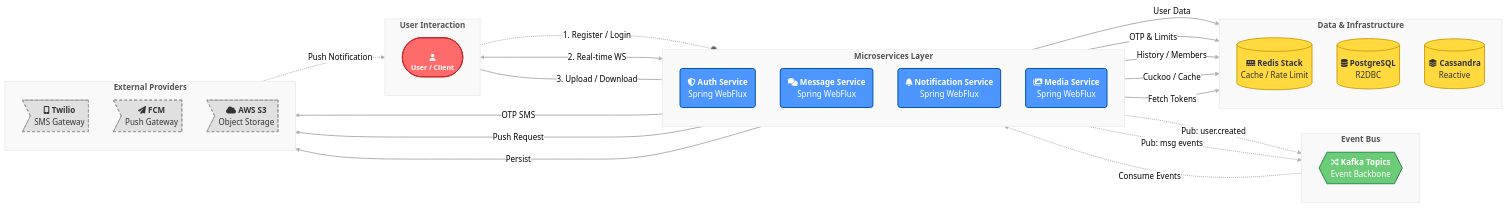
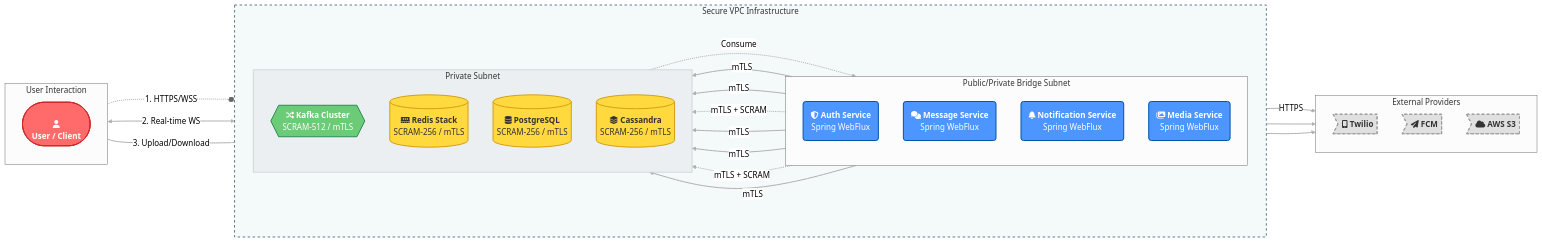
Before and after one commit to omniCoder77/Lynk: the diagram in README.md, drawn with Mermaid (neutral theme). The commit also changed other lines of this file, not shown here.

Commit message:
Updated Readme, Showing Security of Lynk

````diff
--- a/README.md
+++ b/README.md
@@ -19,69 +22,76 @@
 ```mermaid
 flowchart LR
-    linkStyle default interpolation basis,stroke-width:2px,fill:none,stroke:#B0B0B0
+linkStyle default interpolation basis,stroke-width:2px,fill:none,stroke:#B0B0B0
 
-    subgraph UserZone [User Interaction]
-        direction TB
-        CLIENT([<br/>fa:fa-user<br/><b>User / Client</b><br/>])
-    end
+subgraph UserZone [User Interaction]
+direction TB
+CLIENT([<br/>fa:fa-user<br/><b>User / Client</b><br/>])
+end
 
-    subgraph Services [Microservices Layer]
-        direction TB
-        S_AUTH(fa:fa-shield-alt <b>Auth Service</b><br/>Spring WebFlux)
-        S_MSG(fa:fa-comments <b>Message Service</b><br/>Spring WebFlux)
-        S_NOTIF(fa:fa-bell <b>Notification Service</b><br/>Spring WebFlux)
-        S_MEDIA(fa:fa-images <b>Media Service</b><br/>Spring WebFlux)
-    end
+subgraph CloudVPC [Secure VPC Infrastructure]
+direction LR
 
-    subgraph Messaging [Event Bus]
-        direction TB
-        M_KAFKA{{fa:fa-random <b>Kafka Topics</b><br/>Event Backbone}}
-    end
+subgraph AppLayer [Public/Private Bridge Subnet]
+direction TB
+S_AUTH(fa:fa-shield-alt <b>Auth Service</b><br/>Spring WebFlux)
+S_MSG(fa:fa-comments <b>Message Service</b><br/>Spring WebFlux)
+S_NOTIF(fa:fa-bell <b>Notification Service</b><br/>Spring WebFlux)
+S_MEDIA(fa:fa-images <b>Media Service</b><br/>Spring WebFlux)
+end
 
-    subgraph DataInfra [Data & Infrastructure]
-        direction TB
-        D_REDIS[(fa:fa-memory <b>Redis Stack</b><br/>Cache / Rate Limit)]
-        D_PG[(fa:fa-database <b>PostgreSQL</b><br/>R2DBC)]
-        D_CASS[(fa:fa-layer-group <b>Cassandra</b><br/>Reactive)]
-    end
+subgraph DataLayer [Private Subnet]
+direction TB
+M_KAFKA{{fa:fa-random <b>Kafka Cluster</b><br/>SCRAM-512 / mTLS}}
+D_REDIS[(fa:fa-memory <b>Redis Stack</b><br/>SCRAM-256 / mTLS)]
+D_PG[(fa:fa-database <b>PostgreSQL</b><br/>SCRAM-256 / mTLS)]
+D_CASS[(fa:fa-layer-group <b>Cassandra</b><br/>SCRAM-256 / mTLS)]
+end
+end
 
-    subgraph External [External Providers]
-        direction TB
-        E_TWILIO>fa:fa-mobile-alt <b>Twilio</b><br/>SMS Gateway]
-        E_FCM>fa:fa-paper-plane <b>FCM</b><br/>Push Gateway]
-        E_S3>fa:fa-cloud <b>AWS S3</b><br/>Object Storage]
-    end
+subgraph External [External Providers]
+direction TB
+E_TWILIO>fa:fa-mobile-alt <b>Twilio</b>]
+E_FCM>fa:fa-paper-plane <b>FCM</b>]
+E_S3>fa:fa-cloud <b>AWS S3</b>]
+end
 
-    CLIENT -.-o|1. Register / Login| S_AUTH
-    S_AUTH -->|User Data| D_PG
-    S_AUTH -->|OTP & Limits| D_REDIS
-    S_AUTH -->|OTP SMS| E_TWILIO
-    S_AUTH -.->|Pub: user.created| M_KAFKA
+%% Client Interactions
+CLIENT -.-o|1. HTTPS/WSS| S_AUTH
+CLIENT <===>|2. Real-time WS| S_MSG
+CLIENT ===|3. Upload/Download| S_MEDIA
 
-    CLIENT <===>|2. Real-time WS| S_MSG
-    S_MSG -->|History / Members| D_CASS
-    S_MSG -->|Cuckoo / Cache| D_REDIS
-    S_MSG -.->|Pub: msg events| M_KAFKA
+%% Internal Auth Flows
+S_AUTH ==>|mTLS| D_PG
+S_AUTH ==>|mTLS| D_REDIS
+S_AUTH -.->|mTLS + SCRAM| M_KAFKA
 
-    M_KAFKA -.->|Consume Events| S_NOTIF
-    S_NOTIF -->|Fetch Tokens| D_PG
-    S_NOTIF -->|Push Request| E_FCM
-    E_FCM -.->|Push Notification| CLIENT
+%% Message Flows
+S_MSG ==>|mTLS| D_CASS
+S_MSG ==>|mTLS| D_REDIS
+S_MSG -.->|mTLS + SCRAM| M_KAFKA
 
-    CLIENT ===|3. Upload / Download| S_MEDIA
-    S_MEDIA -->|Persist| E_S3
+%% Notification Flows
+M_KAFKA -.->|Consume| S_NOTIF
+S_NOTIF -->|mTLS| D_PG
+S_NOTIF -->|HTTPS| E_FCM
 
-    classDef client fill:#FF6B6B,stroke:#c92a2a,stroke-width:2px,color:white,font-size:14px;
-    classDef service fill:#4D96FF,stroke:#0055AA,stroke-width:2px,color:white,rx:5,ry:5;
-    classDef db fill:#FFD93D,stroke:#d4a017,stroke-width:2px,color:#333;
-    classDef bus fill:#6BCB77,stroke:#2e8b57,stroke-width:2px,color:white;
-    classDef ext fill:#E0E0E0,stroke:#9E9E9E,stroke-width:2px,stroke-dasharray: 5 5,color:#333;
-    classDef sub fill:#F9F9F9,stroke:#EEEEEE,stroke-width:2px,color:#555,font-weight:bold;
+%% External
+S_AUTH --> E_TWILIO
+S_MEDIA --> E_S3
 
-    class CLIENT client;
-    class S_AUTH,S_MSG,S_NOTIF,S_MEDIA service;
-    class D_PG,D_CASS,D_REDIS db;
-    class M_KAFKA bus;
-    class E_TWILIO,E_FCM,E_S3 ext;
-    class UserZone,Services,DataInfra,Messaging,External sub;
+classDef client fill:#FF6B6B,stroke:#c92a2a,stroke-width:2px,color:white;
+classDef service fill:#4D96FF,stroke:#0055AA,stroke-width:2px,color:white;
+classDef db fill:#FFD93D,stroke:#d4a017,stroke-width:2px,color:#333;
+classDef bus fill:#6BCB77,stroke:#2e8b57,stroke-width:2px,color:white;
+classDef ext fill:#E0E0E0,stroke:#9E9E9E,stroke-width:2px,stroke-dasharray: 5 5,color:#333;
+classDef vpc fill:#F4F9F9,stroke:#607D8B,stroke-width:2px,stroke-dasharray: 5 5;
+classDef private fill:#ECEFF1,stroke:#CFD8DC,stroke-width:2px;
+
+class CLIENT client;
+class S_AUTH,S_MSG,S_NOTIF,S_MEDIA service;
+class D_PG,D_CASS,D_REDIS db;
+class M_KAFKA bus;
+class E_TWILIO,E_FCM,E_S3 ext;
+class CloudVPC vpc;
+class DataLayer private;
 ```
````
